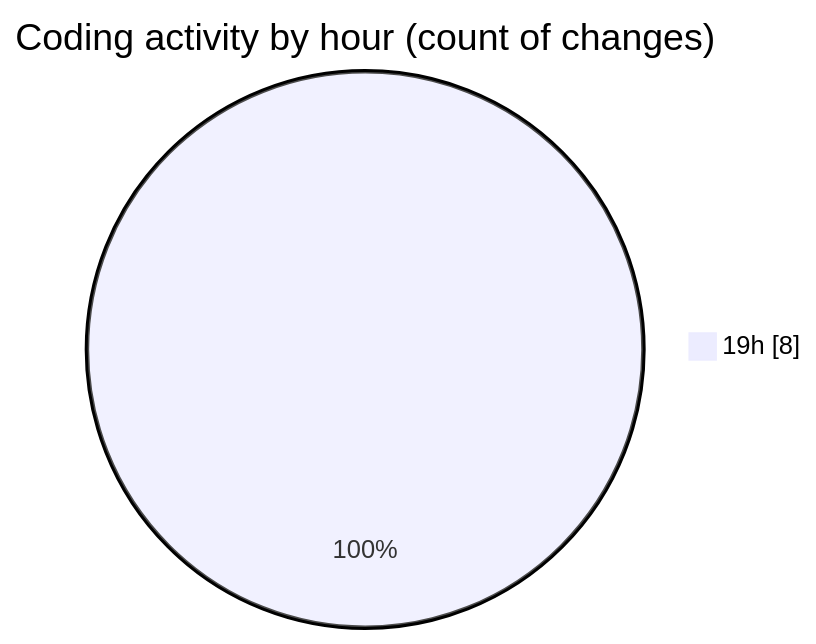
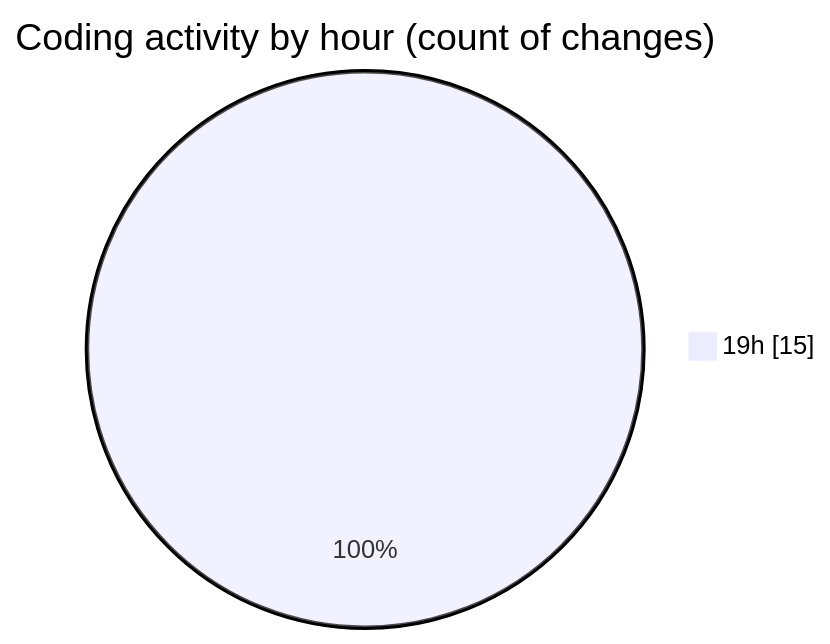
The second of 2 diagrams in 2025-02-05/react_ecom/README.md (Elitesun/code-tracking), drawn with Mermaid before and after one commit. The commit also changed other lines of this file and 1 other file, not shown here.

````diff
--- a/2025-02-05/react_ecom/README.md
+++ b/2025-02-05/react_ecom/README.md
@@ -30,5 +31,5 @@
 ```mermaid
 pie showData
 title Coding activity by hour (count of changes)
-"19h" : 8
+"19h" : 15
 ```
````
